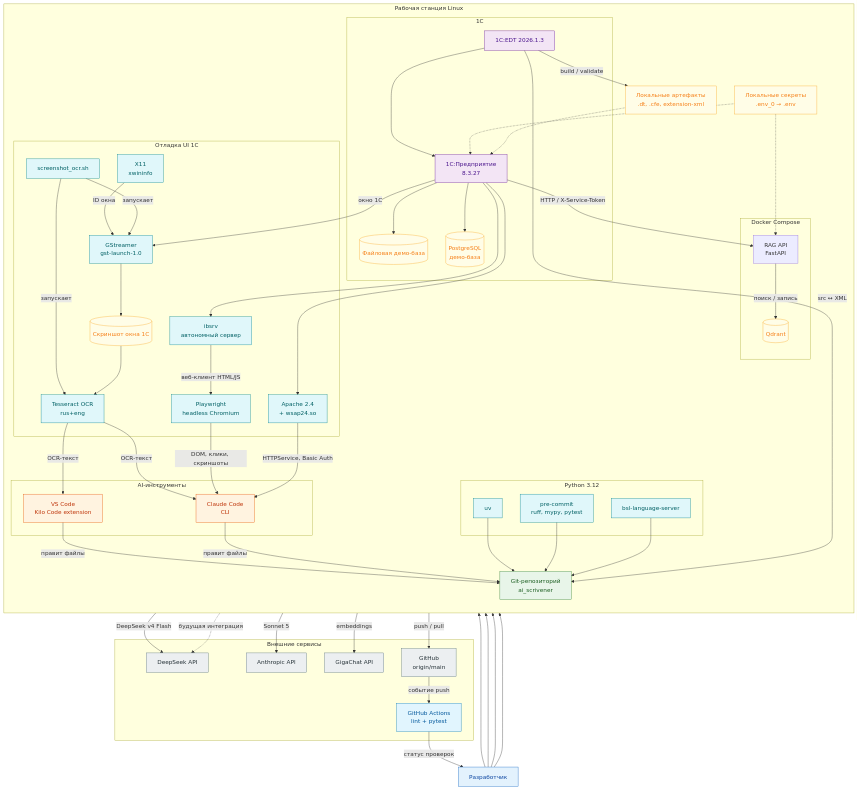
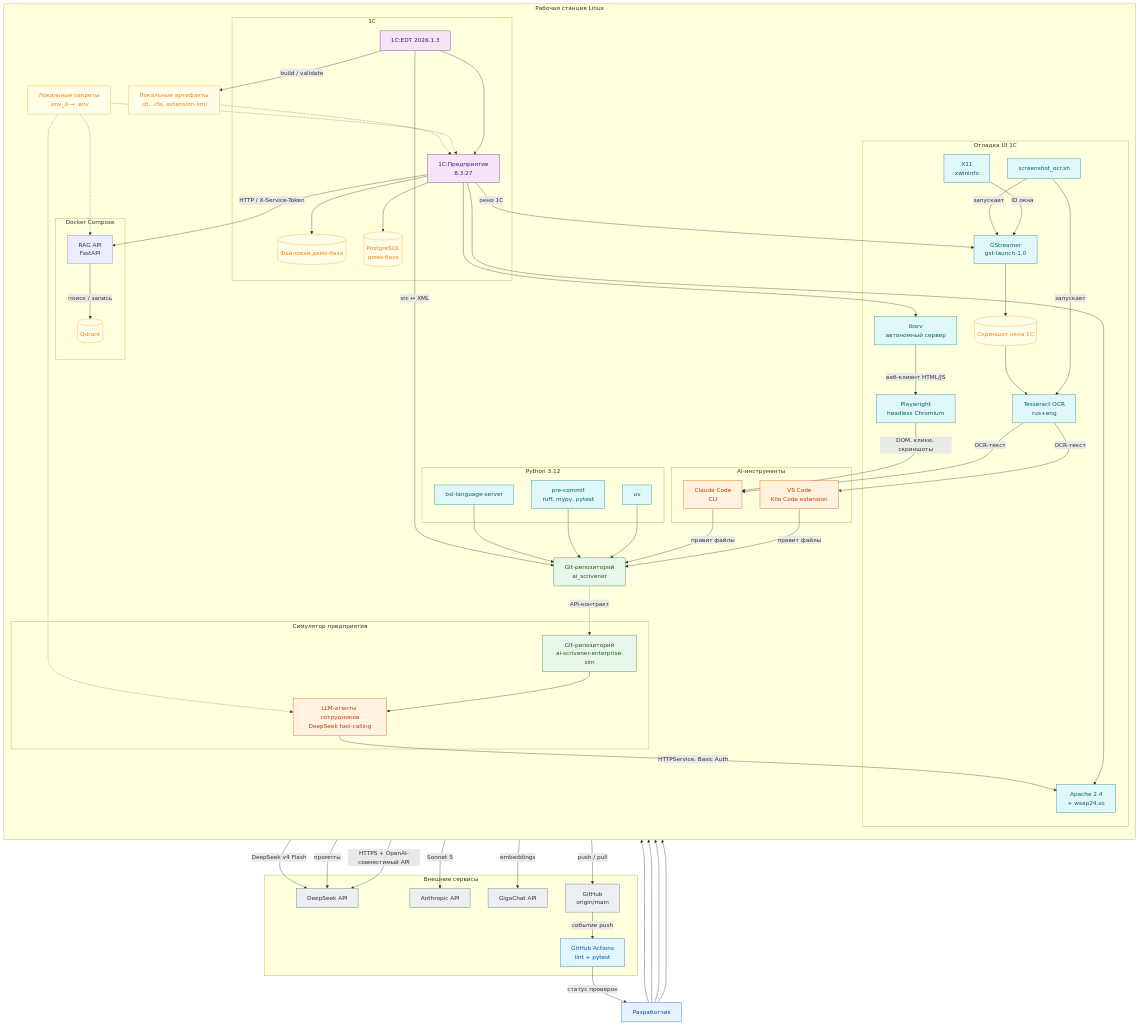
One commit to igorvolk1961/ai_scrivener changed the diagram in guides/dev-environment.md. Above: the diagram before and after it, drawn with Mermaid. The commit also changed other lines of this file and 14 other files, not shown here.

First line of the commit message:
Document enterprise act, simulator boundaries, and scenario roadmap

```diff
--- a/guides/dev-environment.md
+++ b/guides/dev-environment.md
@@ -17,6 +17,10 @@
       UV["uv"]
       CHECKS["pre-commit<br/>ruff, mypy, pytest"]
       BSL["bsl-language-server"]
+    end
+    subgraph SIMENV["Симулятор предприятия"]
+      SIMREPO["Git-репозиторий<br/>ai-scrivener-enterprise-sim"]
+      SIM["LLM-агенты сотрудников<br/>DeepSeek tool-calling"]
     end
     subgraph ONE["1С"]
       EDT["1C:EDT 2026.1.3"]
@@ -84,10 +88,14 @@
   IBSRV -->|"веб-клиент HTML/JS"| PWR
   PWR -->|"DOM, клики, скриншоты"| CLAUDE
   PLATFORM --> APACHE
-  APACHE -->|"HTTPService, Basic Auth"| CLAUDE
-  PLATFORM -.->|"будущая интеграция"| DS
+  SIMREPO --> SIM
+  SIM -->|"HTTPService, Basic Auth"| APACHE
+  SIM -->|"промпты"| DS
+  REPO -.->|"API-контракт"| SIMREPO
+  PLATFORM -->|"HTTPS + OpenAI-совместимый API"| DS
   ENV -.-> RAG
   ENV -.-> PLATFORM
+  ENV -.-> SIM
   ART -.-> PLATFORM
 
   classDef human fill:#E3F2FD,stroke:#1565C0,color:#0D47A1
@@ -99,8 +107,8 @@
   classDef external fill:#ECEFF1,stroke:#546E7A,color:#263238
   classDef ci fill:#E1F5FE,stroke:#0277BD,color:#01579B
   class DEV human
-  class KILO,CLAUDE agent
-  class REPO repo
+  class KILO,CLAUDE,SIM agent
+  class REPO,SIMREPO repo
   class UV,CHECKS,BSL,OCR,GST,XWIN,TESS,IBSRV,PWR,APACHE tool
   class EDT,PLATFORM onec
   class FILEBASE,PGBASE,QD,ART,ENV,SCREEN storage
```
